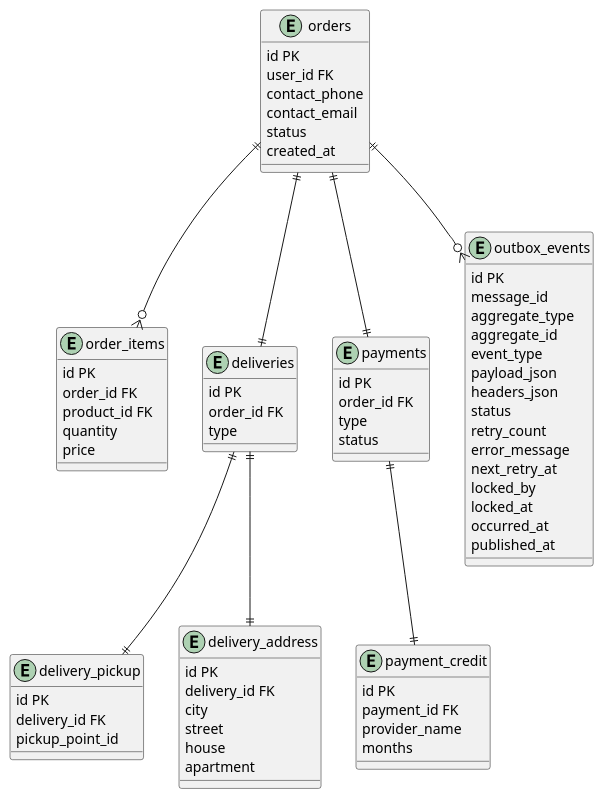
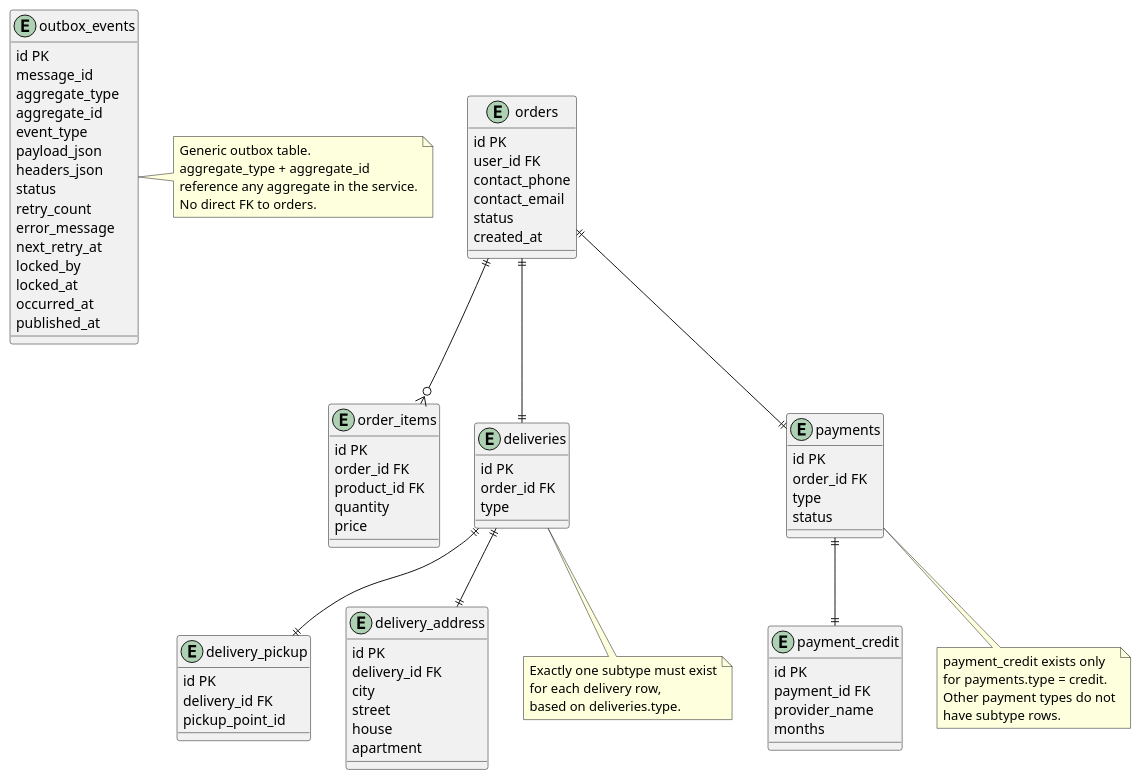
Before and after one commit to robotateme/order-service-design: the diagram in database.puml, drawn with PlantUML. The commit also changed 1 other file, not shown here.

Commit message:
Clarify generic outbox and subtype constraints

```diff
--- a/database.puml
+++ b/database.puml
@@ -1,82 +1,101 @@
 @startuml
 entity orders {
 id PK
 user_id FK
 contact_phone
 contact_email
 status
 created_at
 }
 
 entity order_items {
 id PK
 order_id FK
 product_id FK
 quantity
 price
 }
 
 entity deliveries {
 id PK
 order_id FK
 type
 }
 
 entity delivery_pickup {
 id PK
 delivery_id FK
 pickup_point_id
 }
 
 entity delivery_address {
 id PK
 delivery_id FK
 city
 street
 house
 apartment
 }
 
 entity payments {
 id PK
 order_id FK
 type
 status
 }
 
 entity payment_credit {
 id PK
 payment_id FK
 provider_name
 months
 }
 
 entity outbox_events {
 id PK
 message_id
 aggregate_type
 aggregate_id
 event_type
 payload_json
 headers_json
 status
 retry_count
 error_message
 next_retry_at
 locked_by
 locked_at
 occurred_at
 published_at
 }
 
 orders ||--o{ order_items
 orders ||--|| deliveries
 orders ||--|| payments
-orders ||--o{ outbox_events
 
 deliveries ||--|| delivery_pickup
 deliveries ||--|| delivery_address
 
 payments ||--|| payment_credit
 
+note right of outbox_events
+Generic outbox table.
+aggregate_type + aggregate_id
+reference any aggregate in the service.
+No direct FK to orders.
+end note
+
+note bottom of deliveries
+Exactly one subtype must exist
+for each delivery row,
+based on deliveries.type.
+end note
+
+note bottom of payments
+payment_credit exists only
+for payments.type = credit.
+Other payment types do not
+have subtype rows.
+end note
+
 @enduml
```
